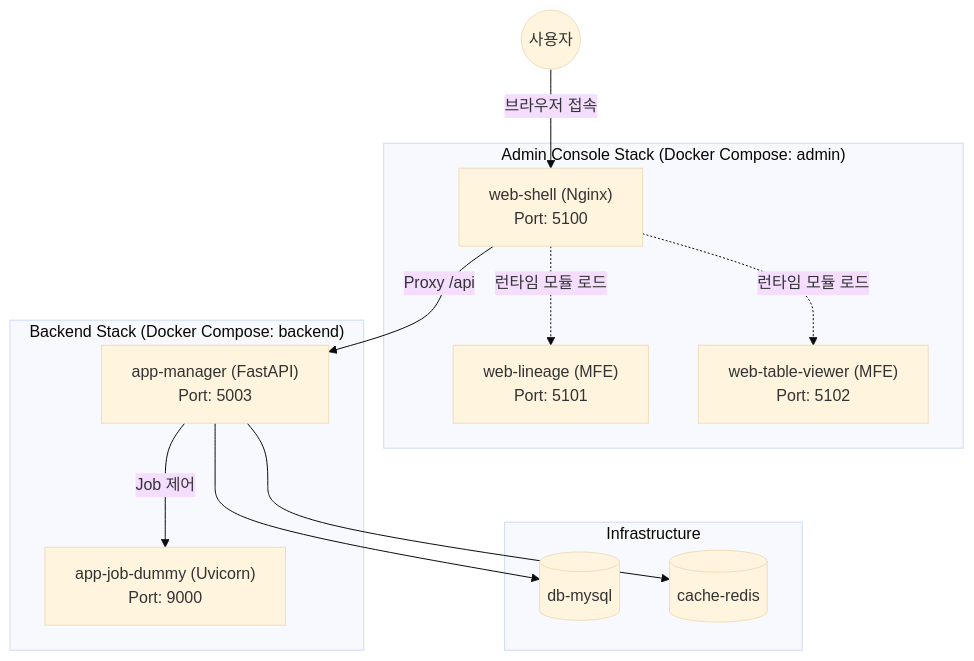
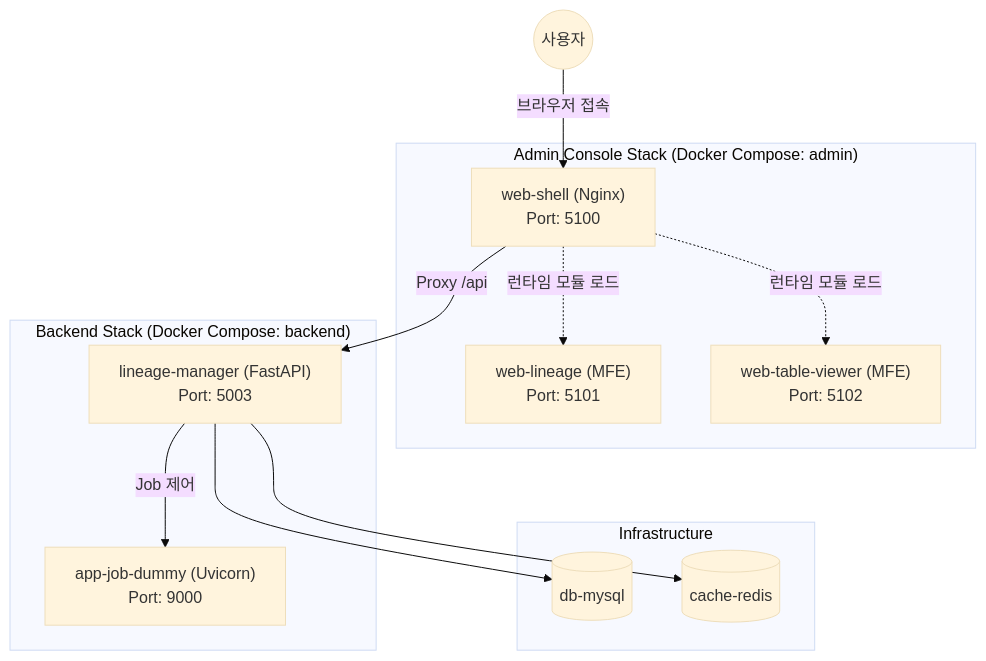
One commit to zer0pool/graph-viz changed the diagram in docs/01.onboarding/service-architecture.md. Above: the diagram before and after it, drawn with Mermaid (base theme). The commit also changed other lines of this file and 98 other files, not shown here.

````diff
--- a/docs/01.onboarding/service-architecture.md
+++ b/docs/01.onboarding/service-architecture.md
@@ -11,35 +11,35 @@
 ```mermaid
 graph TD
     User((사용자))
 
     subgraph "Admin Console Stack (Docker Compose: admin)"
         Shell["web-shell (Nginx)<br/>Port: 5100"]
         MFE_L["web-lineage (MFE)<br/>Port: 5101"]
         MFE_T["web-table-viewer (MFE)<br/>Port: 5102"]
     end
 
     subgraph "Backend Stack (Docker Compose: backend)"
-        AppManager["app-manager (FastAPI)<br/>Port: 5003"]
+        AppManager["lineage-manager (FastAPI)<br/>Port: 5003"]
         JobDummy["app-job-dummy (Uvicorn)<br/>Port: 9000"]
     end
 
     subgraph "Infrastructure"
         DB[(db-mysql)]
         Redis[(cache-redis)]
     end
 
     %% 사용자 요청 흐름
     User -->|브라우저 접속| Shell
 
     %% MFE 로딩
     Shell -.->|런타임 모듈 로드| MFE_L
     Shell -.->|런타임 모듈 로드| MFE_T
 
     %% API 요청 흐름 (Nginx Proxy)
     Shell -->|Proxy /api| AppManager
 
     %% 백엔드 내부 흐름
     AppManager --> DB
     AppManager --> Redis
     AppManager -->|Job 제어| JobDummy
 ```
````
